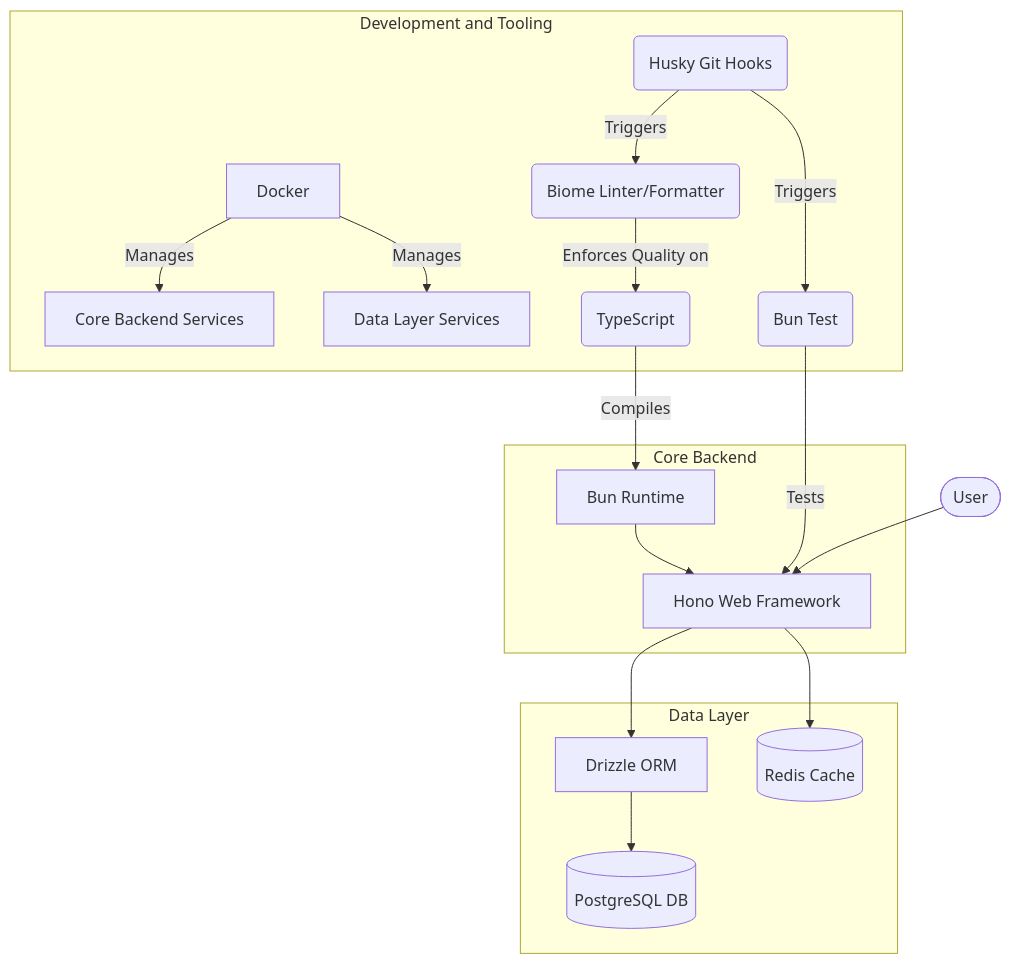
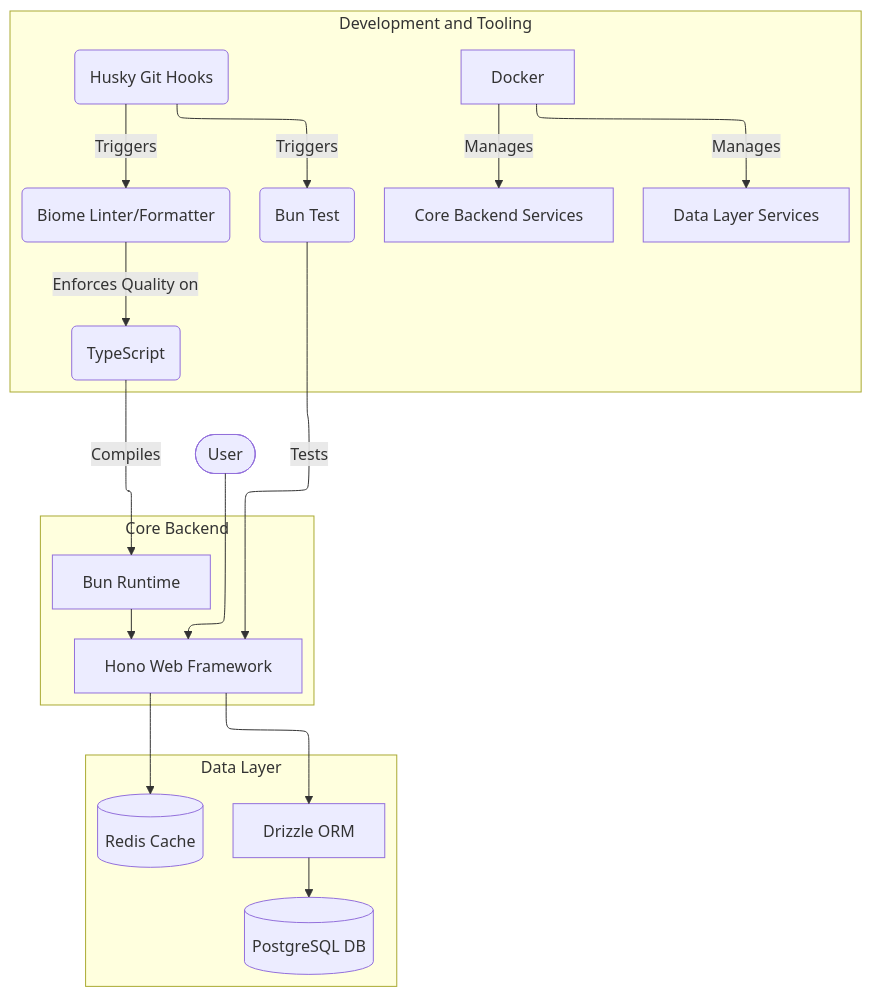
Before and after one commit to masmuss/khoirul.site: the diagram in src/content/post/notes/weekend-projects/elibrary-api.md, drawn with Mermaid. The commit also changed 3 other files, not shown here.

Commit message:
refactor: add @mermaid-js/layout-elk dependency and update ThemeProvider for theme data attribute

````diff
--- a/src/content/post/notes/weekend-projects/elibrary-api.md
+++ b/src/content/post/notes/weekend-projects/elibrary-api.md
@@ -12,21 +12,25 @@
 ```mermaid
+---
+config:
+    layout: elk
+---
 graph TD;
     subgraph Core Backend
         Bun[Bun Runtime] --> Hono[Hono Web Framework];
     end
     subgraph Data Layer
         Drizzle[Drizzle ORM] --> PostgreSQL[(PostgreSQL DB)];
         Hono --> Drizzle;
         Hono --> Redis[(Redis Cache)];
     end
     subgraph Development and Tooling
         Docker[Docker] -- Manages --> CoreBackend[Core Backend Services];
         Docker -- Manages --> DataLayer[Data Layer Services];
         TypeScript(TypeScript) -- Compiles --> Bun;
         BunTest(Bun Test) -- Tests --> Hono;
         Biome(Biome Linter/Formatter) -- Enforces Quality on --> TypeScript;
         Husky(Husky Git Hooks) -- Triggers --> BunTest;
         Husky -- Triggers --> Biome;
     end
     User([User]) --> Hono;
 ```
````
